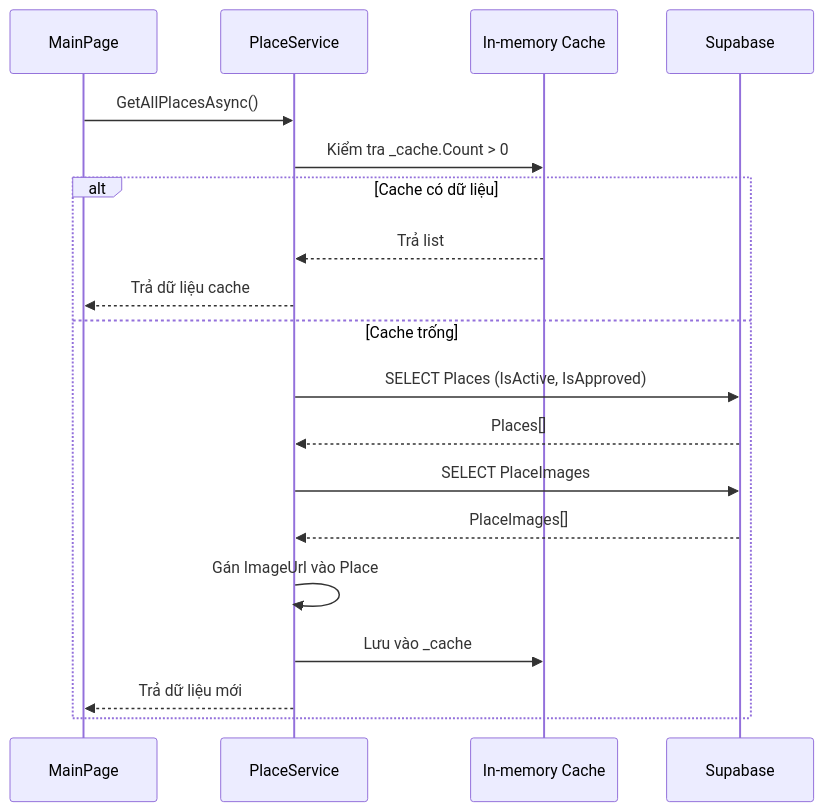
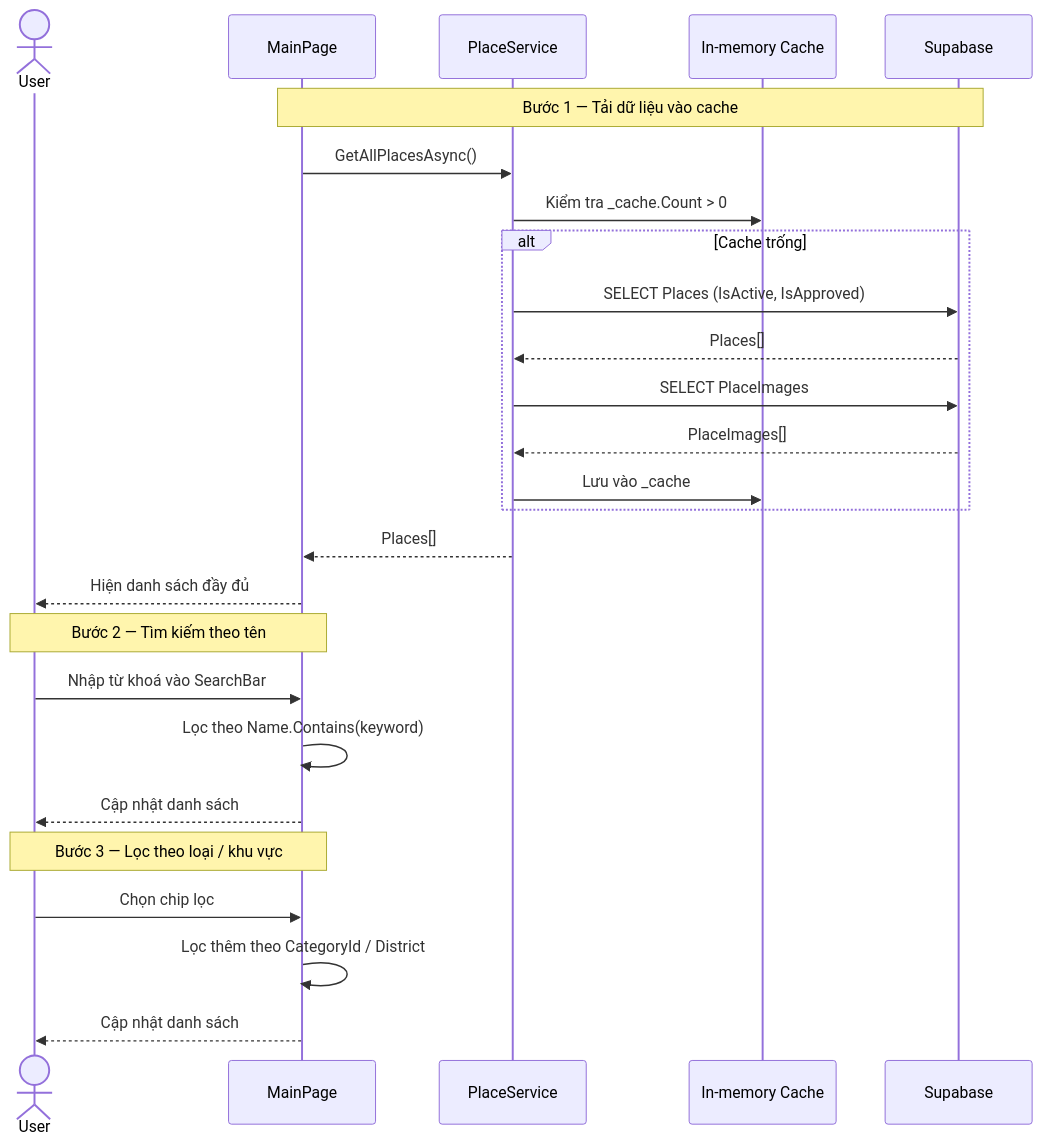
One commit to MTai55/TourguideProjectApp changed the sixth of 21 diagrams in PRD.md. Above: the diagram before and after it, drawn with Mermaid. The commit also changed other lines of this file, not shown here.

Commit message:
diagrams

````diff
--- a/PRD.md
+++ b/PRD.md
@@ -1114,23 +1083,31 @@
 ```mermaid
 sequenceDiagram
+    actor User
     participant MainPage
     participant PlaceService
     participant Cache as In-memory Cache
     participant Supabase
 
+    Note over MainPage,Supabase: Bước 1 — Tải dữ liệu vào cache
     MainPage->>PlaceService: GetAllPlacesAsync()
     PlaceService->>Cache: Kiểm tra _cache.Count > 0
-
-    alt Cache có dữ liệu
-        Cache-->>PlaceService: Trả list
-        PlaceService-->>MainPage: Trả dữ liệu cache
-    else Cache trống
+    alt Cache trống
         PlaceService->>Supabase: SELECT Places (IsActive, IsApproved)
         Supabase-->>PlaceService: Places[]
         PlaceService->>Supabase: SELECT PlaceImages
         Supabase-->>PlaceService: PlaceImages[]
-        PlaceService->>PlaceService: Gán ImageUrl vào Place
         PlaceService->>Cache: Lưu vào _cache
-        PlaceService-->>MainPage: Trả dữ liệu mới
     end
+    PlaceService-->>MainPage: Places[]
+    MainPage-->>User: Hiện danh sách đầy đủ
+
+    Note over User,MainPage: Bước 2 — Tìm kiếm theo tên
+    User->>MainPage: Nhập từ khoá vào SearchBar
+    MainPage->>MainPage: Lọc theo Name.Contains(keyword)
+    MainPage-->>User: Cập nhật danh sách
+
+    Note over User,MainPage: Bước 3 — Lọc theo loại / khu vực
+    User->>MainPage: Chọn chip lọc
+    MainPage->>MainPage: Lọc thêm theo CategoryId / District
+    MainPage-->>User: Cập nhật danh sách
 ```
````
